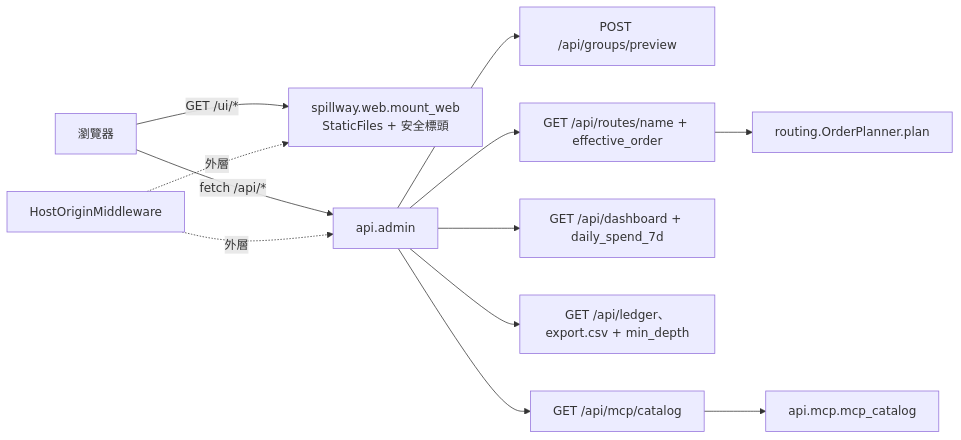
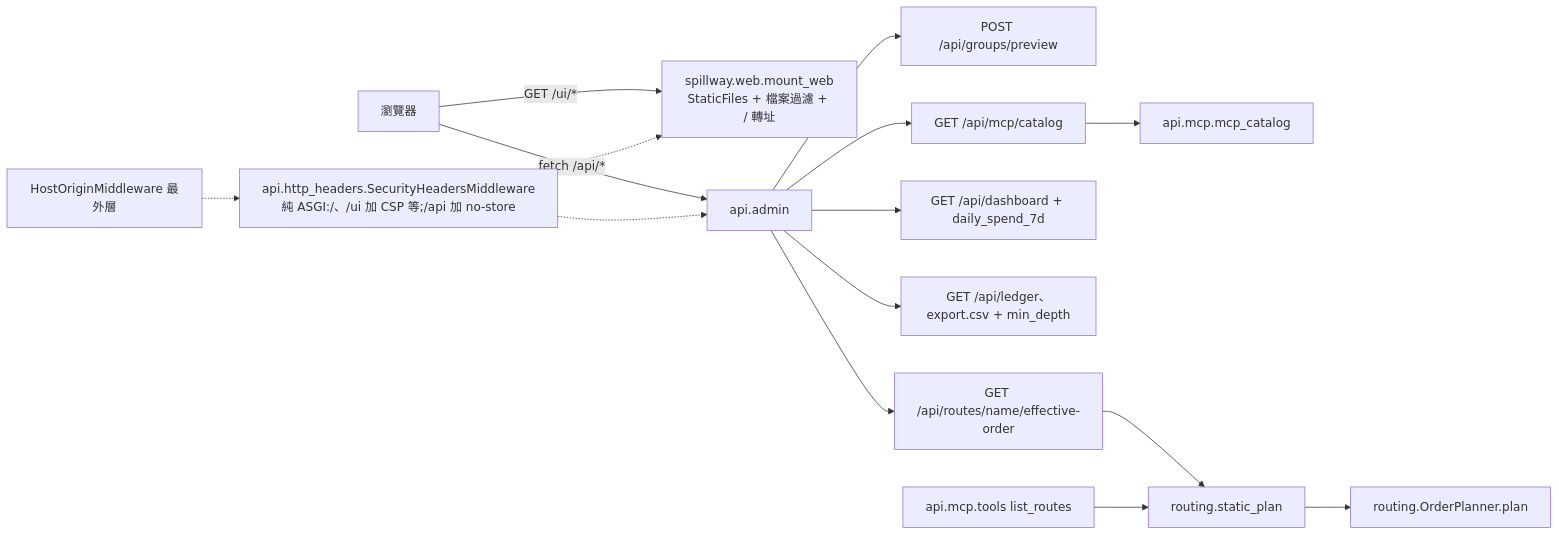
Before and after one commit to kamira/spillway: the first of 3 diagrams in sdlc_docs/changes/CHG-20261103-01.md, drawn with Mermaid. The commit also changed other lines of this file and 1 other file, not shown here.

````diff
--- a/sdlc_docs/changes/CHG-20261103-01.md
+++ b/sdlc_docs/changes/CHG-20261103-01.md
@@ -69,13 +71,16 @@
 ```mermaid
 flowchart LR
-  B[瀏覽器] -->|GET /ui/*| W[spillway.web.mount_web<br/>StaticFiles + 安全標頭]
+  B[瀏覽器] -->|GET /ui/*| W[spillway.web.mount_web<br/>StaticFiles + 檔案過濾 + / 轉址]
   B -->|fetch /api/*| A[api.admin]
   A --> N1[POST /api/groups/preview]
-  A --> N2[GET /api/routes/name + effective_order]
+  A --> N2[GET /api/routes/name/effective-order]
   A --> N3[GET /api/dashboard + daily_spend_7d]
   A --> N4[GET /api/ledger、export.csv + min_depth]
   A --> N5[GET /api/mcp/catalog]
   N5 --> C[api.mcp.mcp_catalog]
-  N2 --> P[routing.OrderPlanner.plan]
-  HO[HostOriginMiddleware] -.外層.-> W & A
+  N2 --> SP[routing.static_plan]
+  T[api.mcp.tools list_routes] --> SP
+  SP --> P[routing.OrderPlanner.plan]
+  HO[HostOriginMiddleware 最外層] -.-> SH[api.http_headers.SecurityHeadersMiddleware<br/>純 ASGI:/、/ui 加 CSP 等;/api 加 no-store]
+  SH -.-> W & A
 ```
````
